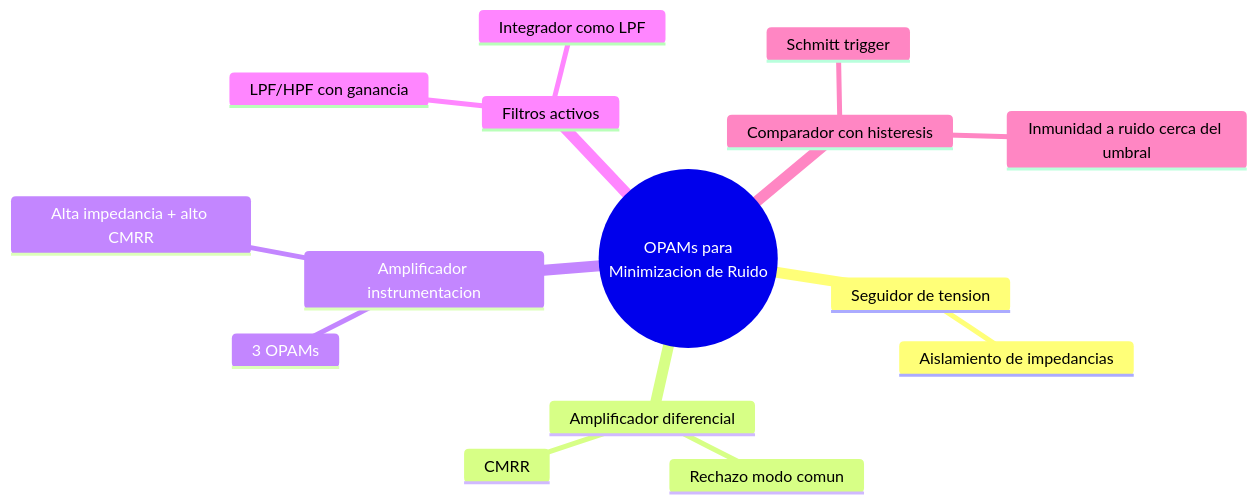
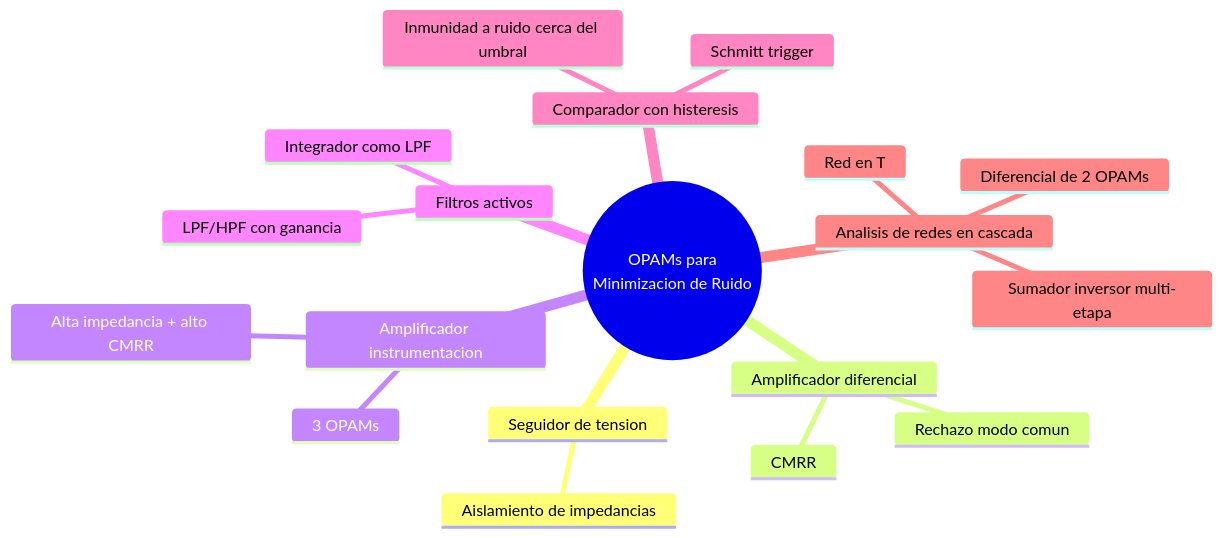
Before and after one commit to Fsteven22/Notas-ESPOL: the diagram in src/site/notes/Universidad/3er Semestre/Fundamentos de Electricidad y Sistemas Digitales/Teórico/Unidad 3 - Introducción a los circuitos integrados/02 - Aplicaciones de los OPAMs - Minimización de Ruido.md, drawn with Mermaid. The commit also changed other lines of this file and 79 other files, not shown here.

````diff
--- a/src/site/notes/Universidad/3er Semestre/Fundamentos de Electricidad y Sistemas Digitales/Teórico/Unidad 3 - Introducción a los circuitos integrados/02 - Aplicaciones de los OPAMs - Minimización de Ruido.md
+++ b/src/site/notes/Universidad/3er Semestre/Fundamentos de Electricidad y Sistemas Digitales/Teórico/Unidad 3 - Introducción a los circuitos integrados/02 - Aplicaciones de los OPAMs - Minimización de Ruido.md
@@ -157,18 +223,22 @@
 ```mermaid
 mindmap
   root((OPAMs para<br/>Minimizacion de Ruido))
     Seguidor de tension
       Aislamiento de impedancias
     Amplificador diferencial
       Rechazo modo comun
       CMRR
     Amplificador instrumentacion
       3 OPAMs
       Alta impedancia + alto CMRR
     Filtros activos
       LPF/HPF con ganancia
       Integrador como LPF
     Comparador con histeresis
       Schmitt trigger
       Inmunidad a ruido cerca del umbral
+    Analisis de redes en cascada
+      Red en T
+      Diferencial de 2 OPAMs
+      Sumador inversor multi-etapa
 ```
````
